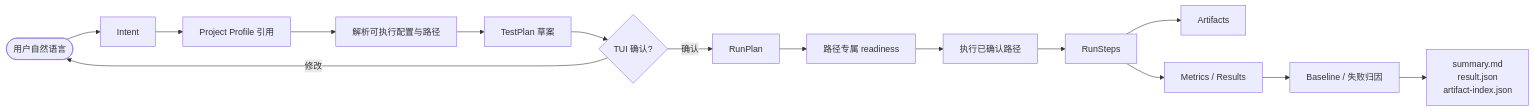
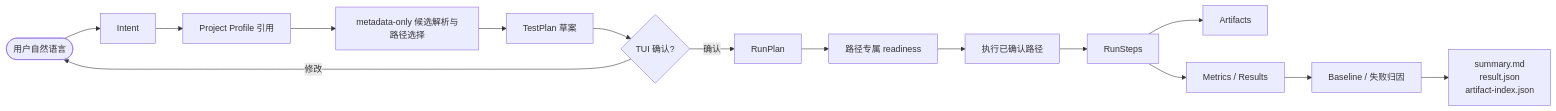
Before and after one commit to logan-suu/iTestAgent: the second of 5 diagrams in docs/02-architecture/架构设计文档.md, drawn with Mermaid. The commit also changed other lines of this file and 47 other files, not shown here.

````diff
--- a/docs/02-architecture/架构设计文档.md
+++ b/docs/02-architecture/架构设计文档.md
@@ -150,17 +150,17 @@
 ```mermaid
 flowchart LR
     NL(["用户自然语言"]) --> Intent["Intent"]
     Intent --> Profile["Project Profile 引用"]
-    Profile --> Resolve["解析可执行配置与路径"]
+    Profile --> Resolve["metadata-only 候选解析与路径选择"]
     Resolve --> Plan["TestPlan 草案"]
     Plan --> Confirm{"TUI 确认?"}
     Confirm -->|确认| RunPlan["RunPlan"]
     Confirm -->|修改| NL
     RunPlan --> Health["路径专属 readiness"]
     Health --> Execute["执行已确认路径"]
     Execute --> RunSteps["RunSteps"]
     RunSteps --> Artifacts["Artifacts"]
     RunSteps --> Metrics["Metrics / Results"]
     Metrics --> Baseline["Baseline / 失败归因"]
     Baseline --> Report["summary.md<br/>result.json<br/>artifact-index.json"]
 ```
````
